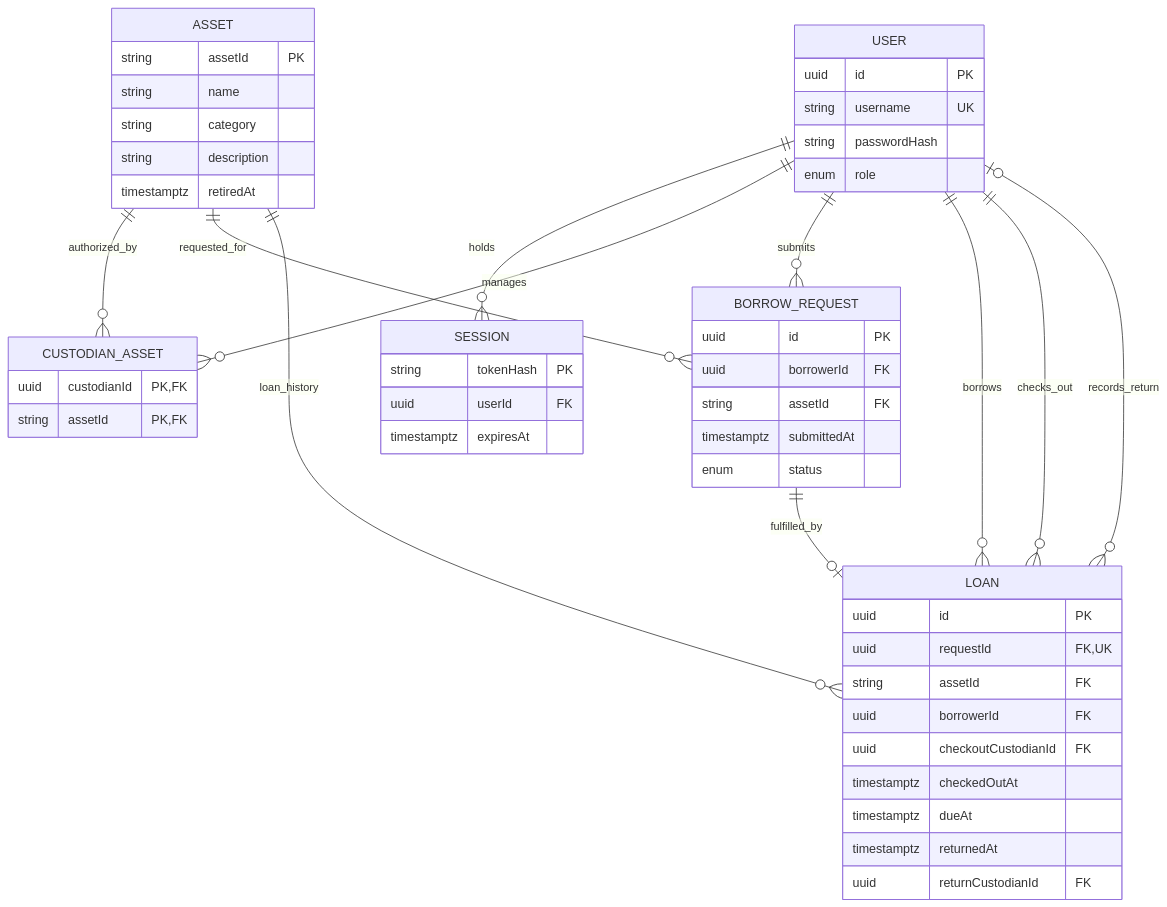
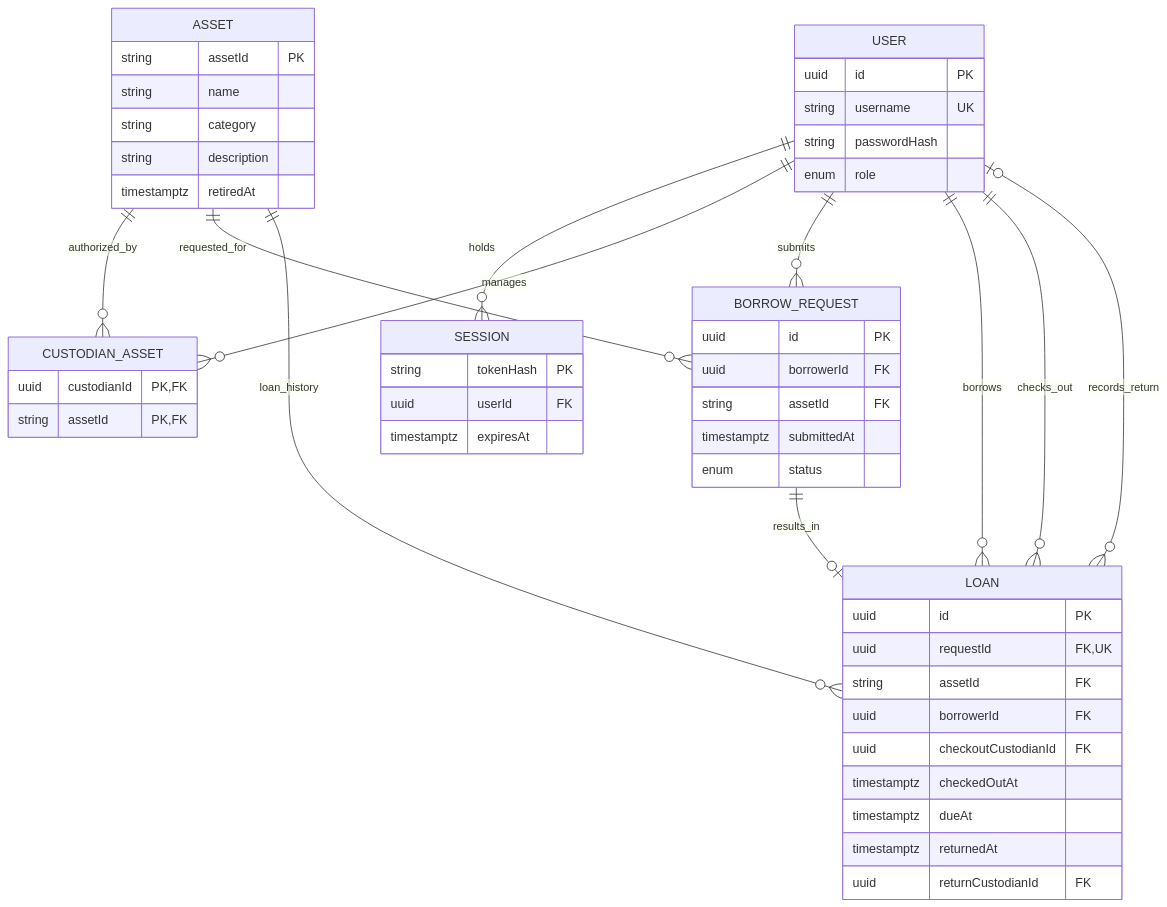
The second of 3 diagrams in docs/sds-system-level.md (gearstack-studio/kitloop), drawn with Mermaid before and after one commit. The commit also changed other lines of this file and 25 other files, not shown here.

````diff
--- a/docs/sds-system-level.md
+++ b/docs/sds-system-level.md
@@ -105,53 +107,53 @@
 ```mermaid
 erDiagram
     USER ||--o{ SESSION : holds
     USER ||--o{ CUSTODIAN_ASSET : manages
     ASSET ||--o{ CUSTODIAN_ASSET : authorized_by
     USER ||--o{ BORROW_REQUEST : submits
     ASSET ||--o{ BORROW_REQUEST : requested_for
-    BORROW_REQUEST ||--o| LOAN : fulfilled_by
+    BORROW_REQUEST ||--o| LOAN : results_in
     ASSET ||--o{ LOAN : loan_history
     USER ||--o{ LOAN : borrows
     USER ||--o{ LOAN : checks_out
     USER o|--o{ LOAN : records_return
     USER {
         uuid id PK
         string username UK
         string passwordHash
         enum role
     }
     SESSION {
         string tokenHash PK
         uuid userId FK
         timestamptz expiresAt
     }
     CUSTODIAN_ASSET {
         uuid custodianId PK,FK
         string assetId PK,FK
     }
     ASSET {
         string assetId PK
         string name
         string category
         string description
         timestamptz retiredAt
     }
     BORROW_REQUEST {
         uuid id PK
         uuid borrowerId FK
         string assetId FK
         timestamptz submittedAt
         enum status
     }
     LOAN {
         uuid id PK
         uuid requestId FK,UK
         string assetId FK
         uuid borrowerId FK
         uuid checkoutCustodianId FK
         timestamptz checkedOutAt
         timestamptz dueAt
         timestamptz returnedAt
         uuid returnCustodianId FK
     }
 ```
````
